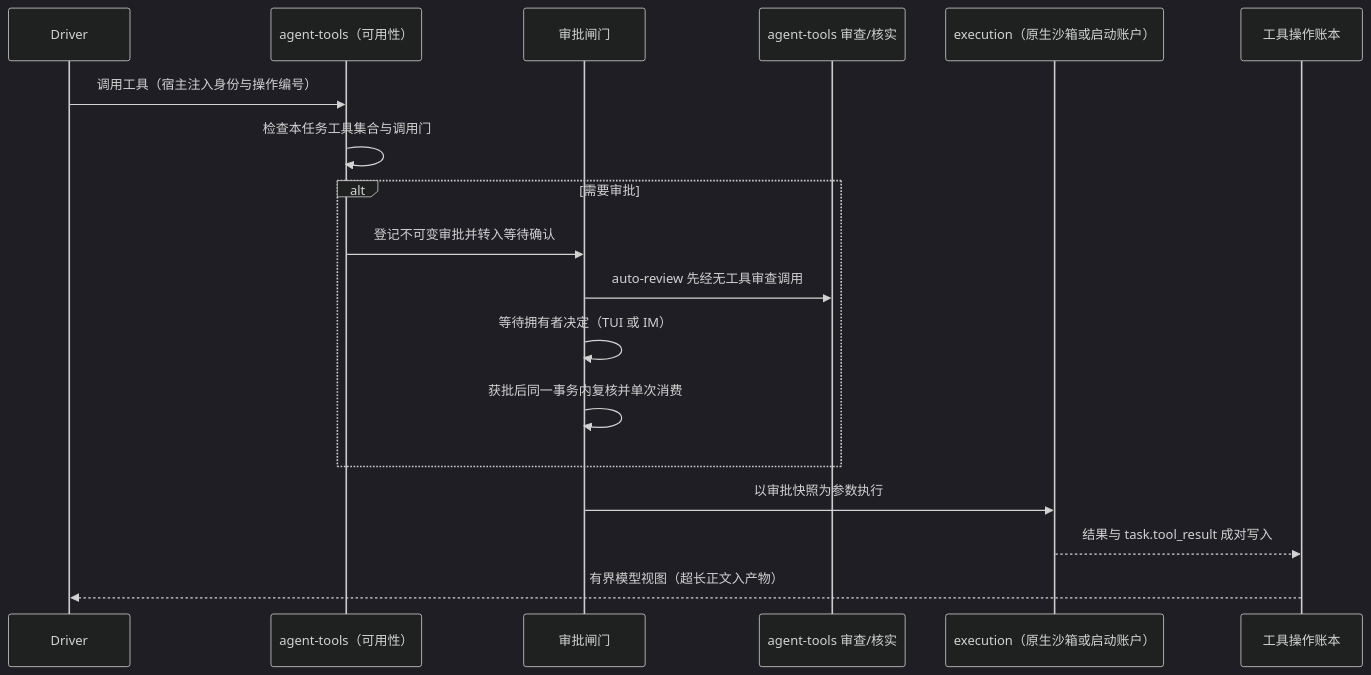
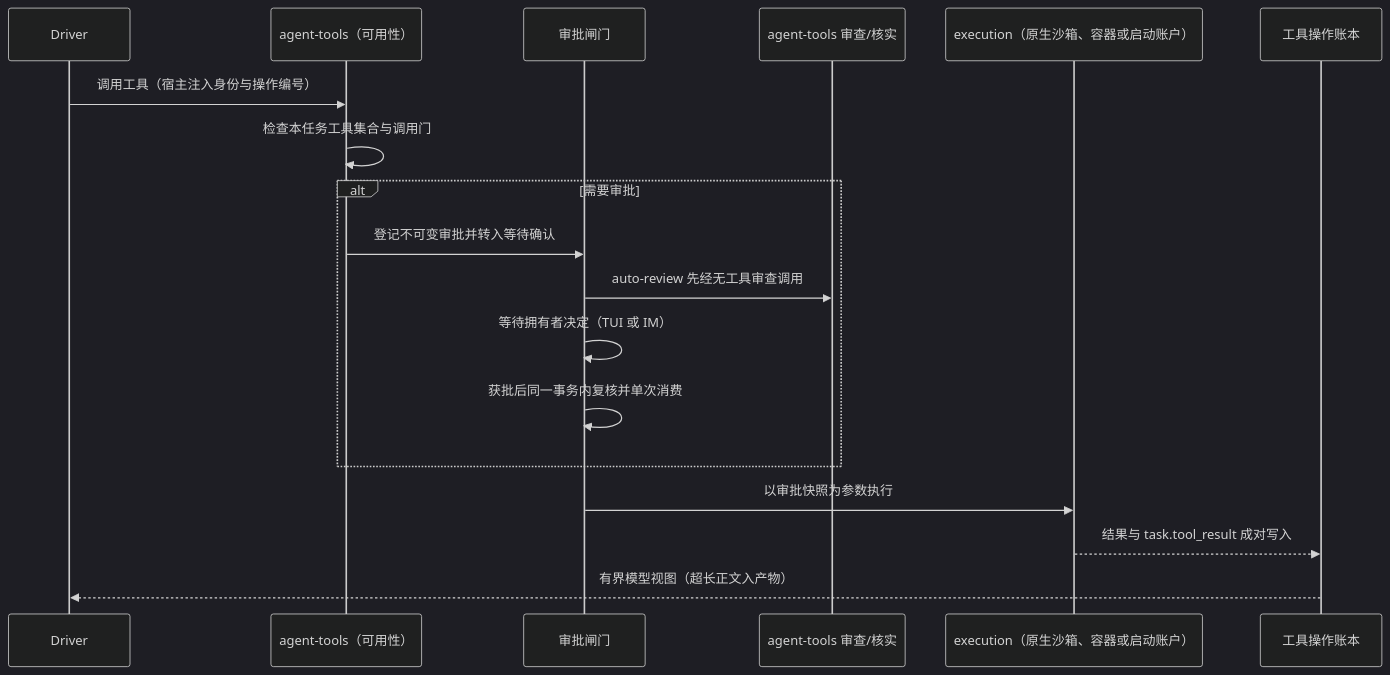
One commit to num-lab/Ruukoto changed the third of 4 diagrams in docs/architecture.md. Above: the diagram before and after it, drawn with Mermaid (dark theme). The commit also changed other lines of this file and 524 other files, not shown here.

````diff
--- a/docs/architecture.md
+++ b/docs/architecture.md
@@ -98,21 +97,21 @@
 ```mermaid
 sequenceDiagram
   participant D as Driver
   participant Av as agent-tools（可用性）
   participant G as 审批闸门
   participant R as agent-tools 审查/核实
-  participant W as execution（原生沙箱或启动账户）
+  participant W as execution（原生沙箱、容器或启动账户）
   participant L as 工具操作账本
 
   D->>Av: 调用工具（宿主注入身份与操作编号）
   Av->>Av: 检查本任务工具集合与调用门
   alt 需要审批
     Av->>G: 登记不可变审批并转入等待确认
     G->>R: auto-review 先经无工具审查调用
     G->>G: 等待拥有者决定（TUI 或 IM）
     G->>G: 获批后同一事务内复核并单次消费
   end
   G->>W: 以审批快照为参数执行
   W-->>L: 结果与 task.tool_result 成对写入
   L-->>D: 有界模型视图（超长正文入产物）
 ```
````
